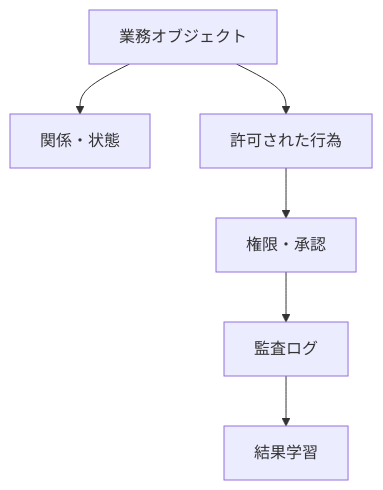
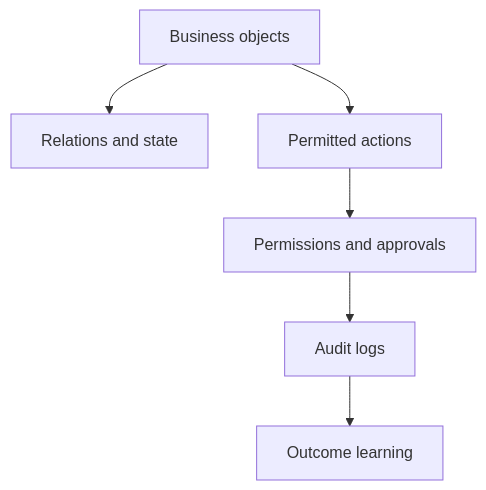
Before and after one commit to daylight55/research: the seventh of 13 diagrams in content/blog/en/ai-llm-ontology-memory.mdx, drawn with Mermaid. The commit also changed other lines of this file and 26 other files, not shown here.

Commit message:
Translate English Mermaid labels

````diff
--- a/content/blog/en/ai-llm-ontology-memory.mdx
+++ b/content/blog/en/ai-llm-ontology-memory.mdx
@@ -206,8 +206,8 @@
 ```mermaid
 flowchart TD
-  BO["業務オブジェクト"] --> Rel["関係・状態"]
-  BO --> Act["許可された行為"]
-  Act --> Pol["権限・承認"]
-  Pol --> Aud["監査ログ"]
-  Aud --> FB["結果学習"]
+  BO["Business objects"] --> Rel["Relations and state"]
+  BO --> Act["Permitted actions"]
+  Act --> Pol["Permissions and approvals"]
+  Pol --> Aud["Audit logs"]
+  Aud --> FB["Outcome learning"]
 ```
````
